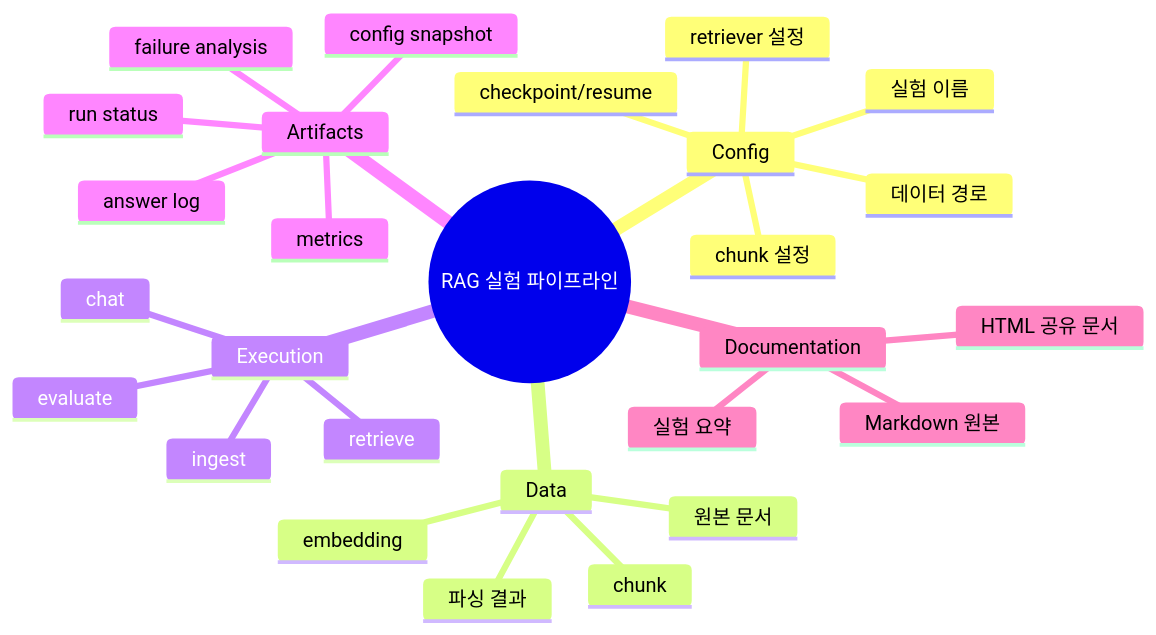
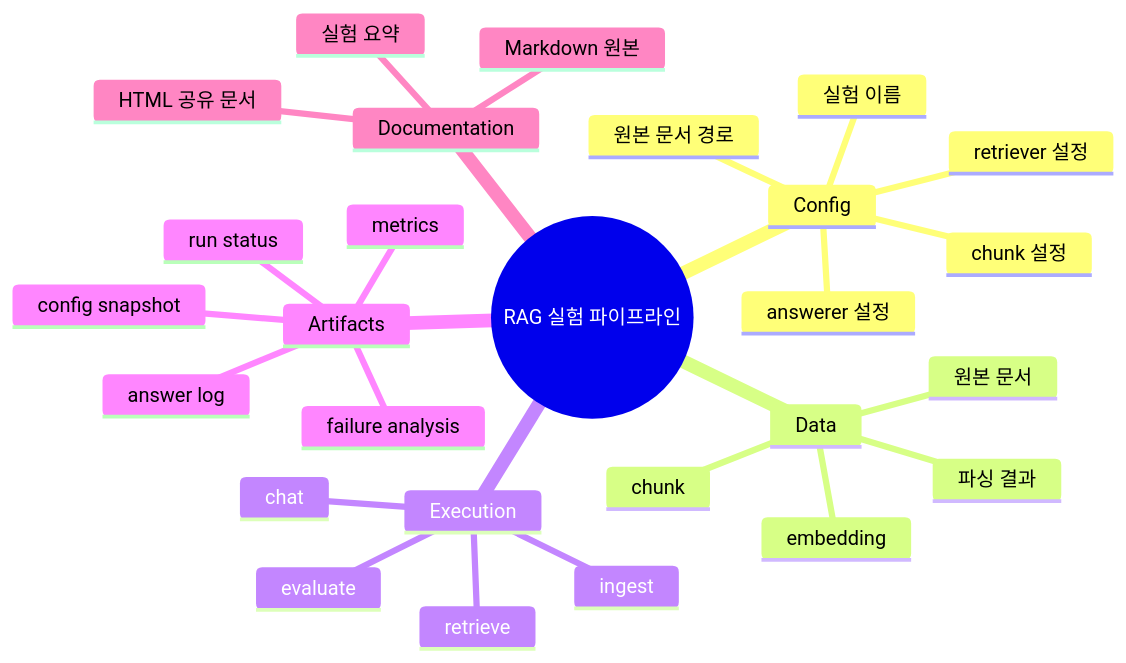
The diagram in docs/md/overview/PIPELINE_OVERVIEW.md (Codeit-Part3-6Team/Codeit-Part3-6Team-Project), drawn with Mermaid before and after one commit. The commit also changed other lines of this file and 10 other files, not shown here.

````diff
--- a/docs/md/overview/PIPELINE_OVERVIEW.md
+++ b/docs/md/overview/PIPELINE_OVERVIEW.md
@@ -13,30 +13,30 @@
 ```mermaid
 mindmap
   root((RAG 실험 파이프라인))
     Config
       실험 이름
-      데이터 경로
+      원본 문서 경로
       chunk 설정
       retriever 설정
-      checkpoint/resume
+      answerer 설정
     Data
       원본 문서
       파싱 결과
       chunk
       embedding
     Execution
       ingest
       retrieve
       chat
       evaluate
     Artifacts
       config snapshot
       metrics
       run status
       answer log
       failure analysis
     Documentation
       Markdown 원본
       HTML 공유 문서
       실험 요약
 ```
````
